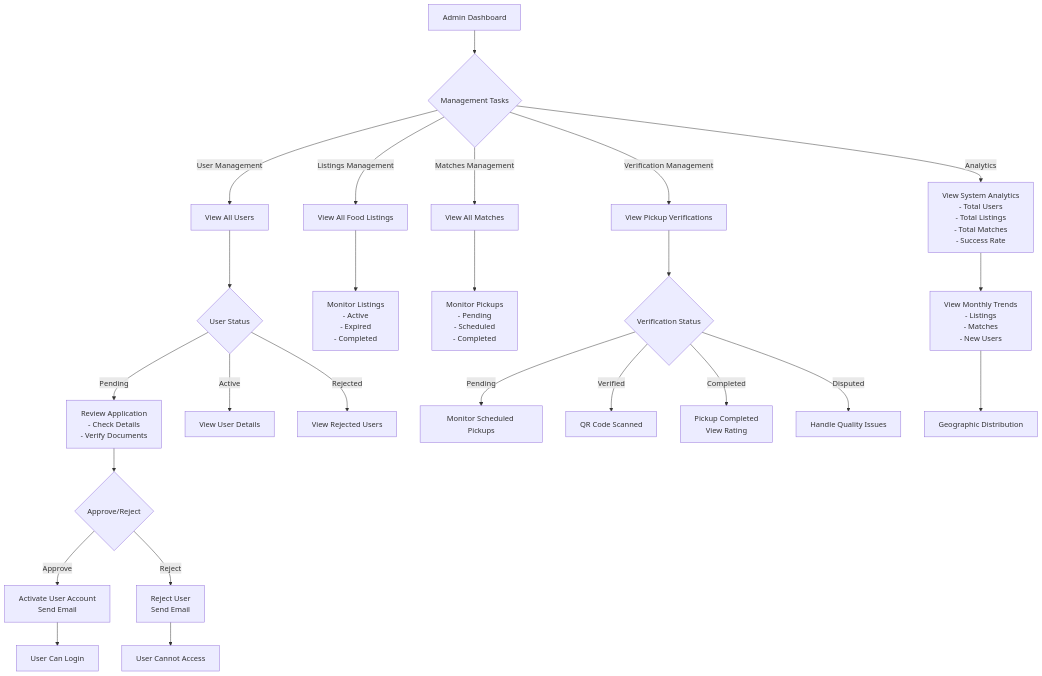
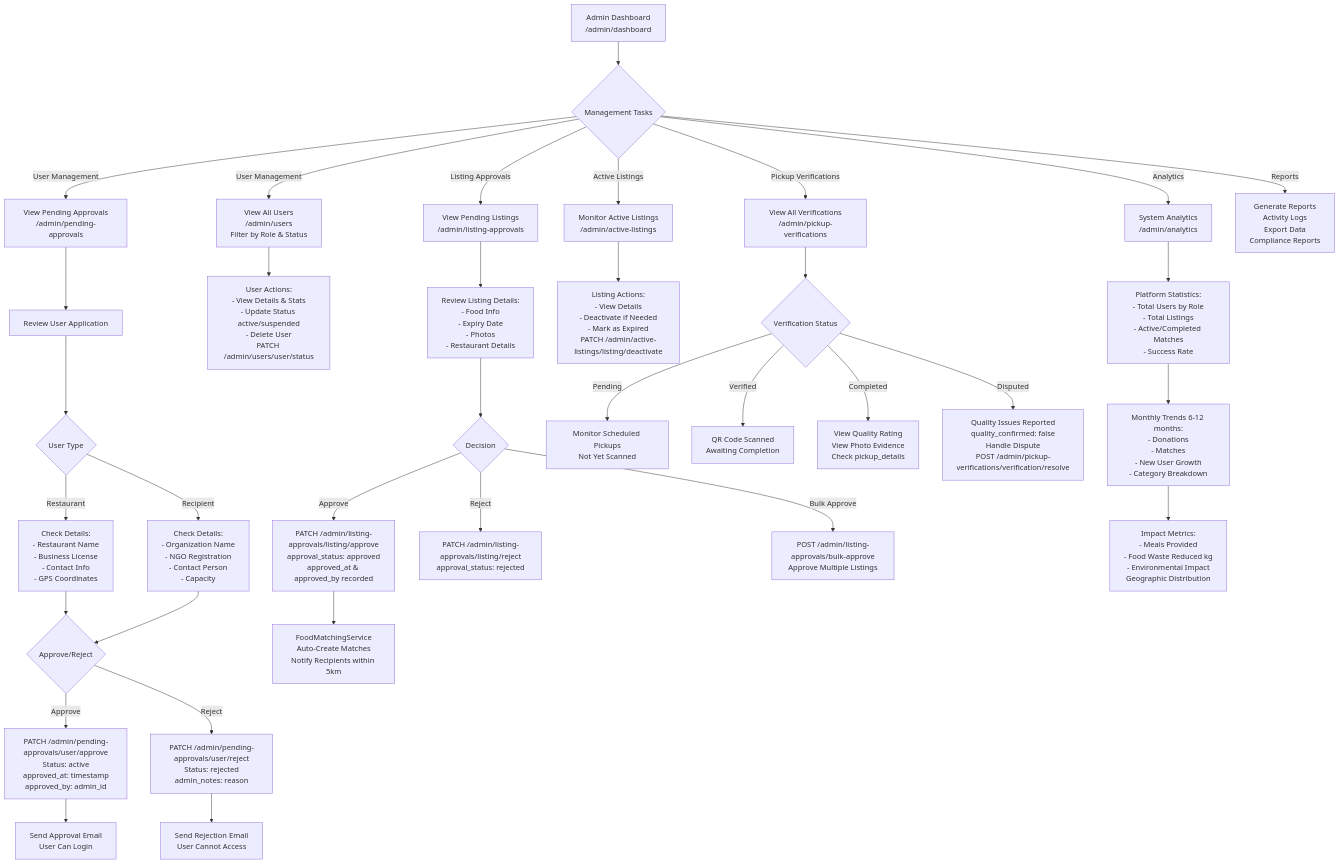
Before and after one commit to haziqfaruqi/MyFoodshare: the fourth of 9 diagrams in SYSTEM_FLOWCHART.md, drawn with Mermaid. The commit also changed other lines of this file and 3 other files, not shown here.

Commit message:
update chart

````diff
--- a/SYSTEM_FLOWCHART.md
+++ b/SYSTEM_FLOWCHART.md
@@ -124,34 +159,47 @@
 ```mermaid
 flowchart TD
-    A[Admin Dashboard] --> B{Management Tasks}
+    A[Admin Dashboard<br/>/admin/dashboard] --> B{Management Tasks}
 
-    B -->|User Management| C[View All Users]
-    C --> D{User Status}
-    D -->|Pending| E[Review Application<br/>- Check Details<br/>- Verify Documents]
-    D -->|Active| F[View User Details]
-    D -->|Rejected| G[View Rejected Users]
+    B -->|User Management| C[View Pending Approvals<br/>/admin/pending-approvals]
+    C --> D[Review User Application]
+    D --> E{User Type}
+    E -->|Restaurant| F[Check Details:<br/>- Restaurant Name<br/>- Business License<br/>- Contact Info<br/>- GPS Coordinates]
+    E -->|Recipient| G[Check Details:<br/>- Organization Name<br/>- NGO Registration<br/>- Contact Person<br/>- Capacity]
 
-    E --> H{Approve/Reject}
-    H -->|Approve| I[Activate User Account<br/>Send Email]
-    H -->|Reject| J[Reject User<br/>Send Email]
+    F --> H{Approve/Reject}
+    G --> H
+    H -->|Approve| I[PATCH /admin/pending-approvals/user/approve<br/>Status: active<br/>approved_at: timestamp<br/>approved_by: admin_id]
+    H -->|Reject| J[PATCH /admin/pending-approvals/user/reject<br/>Status: rejected<br/>admin_notes: reason]
 
-    I --> K[User Can Login]
-    J --> L[User Cannot Access]
+    I --> K[Send Approval Email<br/>User Can Login]
+    J --> L[Send Rejection Email<br/>User Cannot Access]
 
-    B -->|Listings Management| M[View All Food Listings]
-    M --> N[Monitor Listings<br/>- Active<br/>- Expired<br/>- Completed]
+    B -->|User Management| M[View All Users<br/>/admin/users<br/>Filter by Role & Status]
+    M --> N[User Actions:<br/>- View Details & Stats<br/>- Update Status active/suspended<br/>- Delete User<br/>PATCH /admin/users/user/status]
 
-    B -->|Matches Management| O[View All Matches]
-    O --> P[Monitor Pickups<br/>- Pending<br/>- Scheduled<br/>- Completed]
+    B -->|Listing Approvals| O[View Pending Listings<br/>/admin/listing-approvals]
+    O --> P[Review Listing Details:<br/>- Food Info<br/>- Expiry Date<br/>- Photos<br/>- Restaurant Details]
+    P --> Q{Decision}
+    Q -->|Approve| R[PATCH /admin/listing-approvals/listing/approve<br/>approval_status: approved<br/>approved_at & approved_by recorded]
+    Q -->|Reject| S[PATCH /admin/listing-approvals/listing/reject<br/>approval_status: rejected]
+    Q -->|Bulk Approve| T[POST /admin/listing-approvals/bulk-approve<br/>Approve Multiple Listings]
 
-    B -->|Verification Management| Q[View Pickup Verifications]
-    Q --> R{Verification Status}
-    R -->|Pending| S[Monitor Scheduled Pickups]
-    R -->|Verified| T[QR Code Scanned]
-    R -->|Completed| U[Pickup Completed<br/>View Rating]
-    R -->|Disputed| V[Handle Quality Issues]
+    R --> U[FoodMatchingService<br/>Auto-Create Matches<br/>Notify Recipients within 5km]
 
-    B -->|Analytics| W[View System Analytics<br/>- Total Users<br/>- Total Listings<br/>- Total Matches<br/>- Success Rate]
-    W --> X[View Monthly Trends<br/>- Listings<br/>- Matches<br/>- New Users]
-    X --> Y[Geographic Distribution]
+    B -->|Active Listings| V[Monitor Active Listings<br/>/admin/active-listings]
+    V --> W[Listing Actions:<br/>- View Details<br/>- Deactivate if Needed<br/>- Mark as Expired<br/>PATCH /admin/active-listings/listing/deactivate]
+
+    B -->|Pickup Verifications| X[View All Verifications<br/>/admin/pickup-verifications]
+    X --> Y{Verification Status}
+    Y -->|Pending| Z[Monitor Scheduled Pickups<br/>Not Yet Scanned]
+    Y -->|Verified| AA[QR Code Scanned<br/>Awaiting Completion]
+    Y -->|Completed| AB[View Quality Rating<br/>View Photo Evidence<br/>Check pickup_details]
+    Y -->|Disputed| AC[Quality Issues Reported<br/>quality_confirmed: false<br/>Handle Dispute<br/>POST /admin/pickup-verifications/verification/resolve]
+
+    B -->|Analytics| AD[System Analytics<br/>/admin/analytics]
+    AD --> AE[Platform Statistics:<br/>- Total Users by Role<br/>- Total Listings<br/>- Active/Completed Matches<br/>- Success Rate]
+    AE --> AF[Monthly Trends 6-12 months:<br/>- Donations<br/>- Matches<br/>- New User Growth<br/>- Category Breakdown]
+    AF --> AG[Impact Metrics:<br/>- Meals Provided<br/>- Food Waste Reduced kg<br/>- Environmental Impact<br/>Geographic Distribution]
+
+    B -->|Reports| AH[Generate Reports<br/>Activity Logs<br/>Export Data<br/>Compliance Reports]
 ```
````
